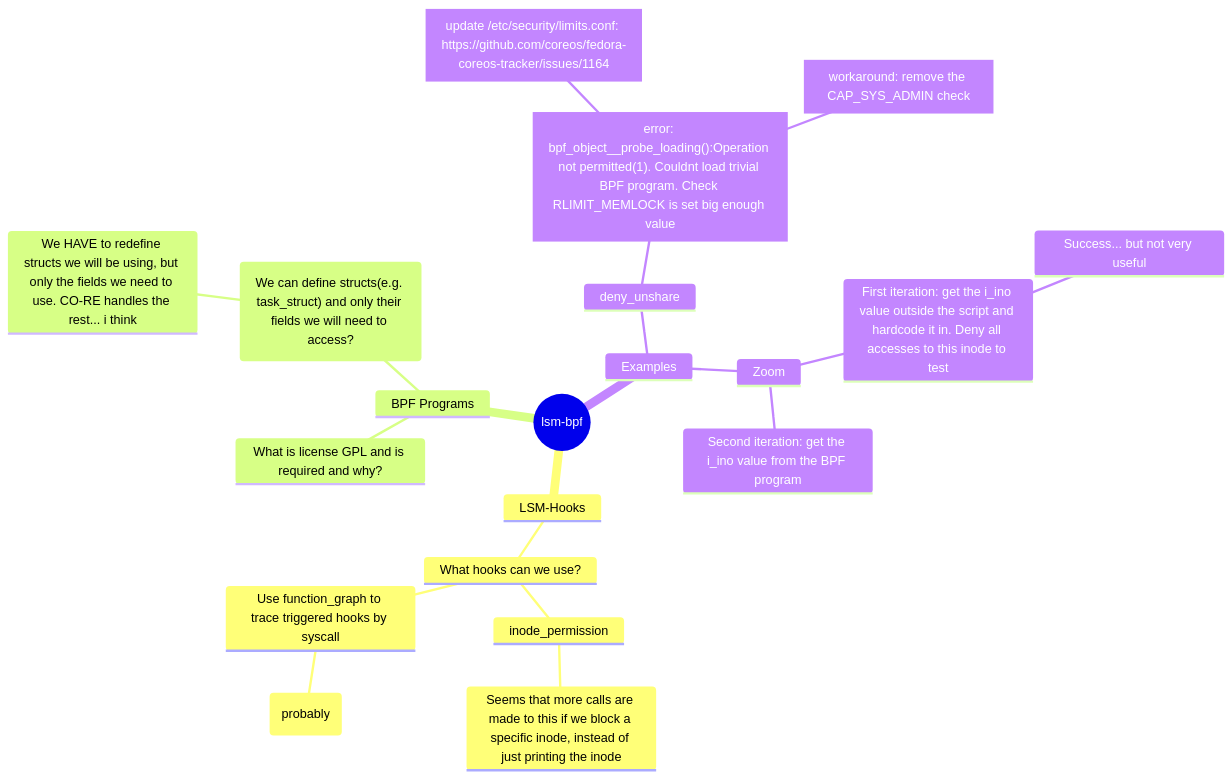
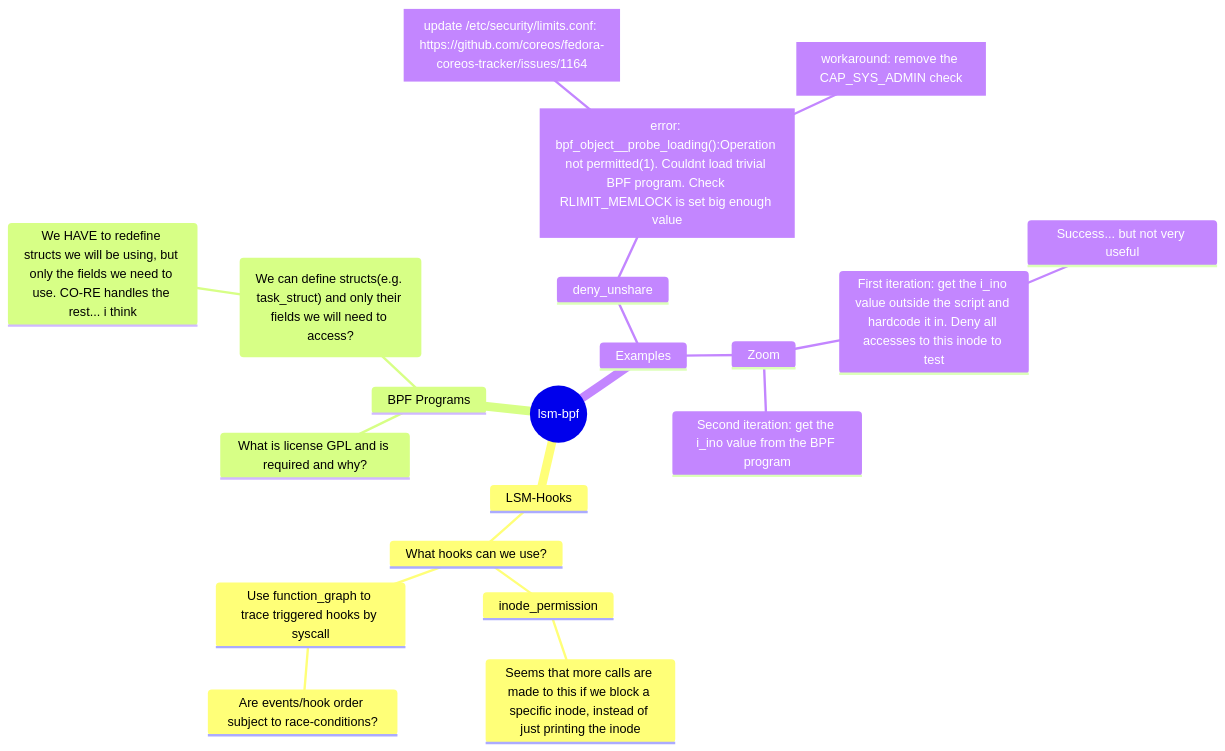
The diagram in Questions:.md (Turbodunker/lsm-bpf), drawn with Mermaid before and after one commit.

Commit message:
Updated Questions: (markdown)

````diff
--- a/Questions:.md
+++ b/Questions:.md
@@ -17,24 +17,24 @@
 ``` mermaid
     mindmap
         root((lsm-bpf))
             LSM-Hooks
                 What hooks can we use?
                     inode_permission
                         Seems that more calls are made to this if we block a specific inode, instead of just printing the inode
                     Use function_graph to trace triggered hooks by syscall
-                        Are events/hook order subject to race-conditions?(probably)
+                        Are events/hook order subject to race-conditions?
             BPF Programs
                 What is license GPL and is required and why?
                 ("We can define structs(e.g. task_struct) and only their fields we will need to access?")
                     We HAVE to redefine structs we will be using, but only the fields we need to use. CO-RE handles the rest... i think
             Examples
                 deny_unshare
                     id1["error: bpf_object__probe_loading():Operation not permitted(1). Couldnt load trivial BPF program. Check RLIMIT_MEMLOCK is set big enough value"]
                         id2["update /etc/security/limits.conf: https://github.com/coreos/fedora-coreos-tracker/issues/1164"]
                         workaround["workaround: remove the CAP_SYS_ADMIN check"]
                 Zoom
                     First iteration: get the i_ino value outside the script and hardcode it in. Deny all accesses to this inode to test
                         Success... but not very useful
                     Second iteration: get the i_ino value from the BPF program
 
 ```
````
